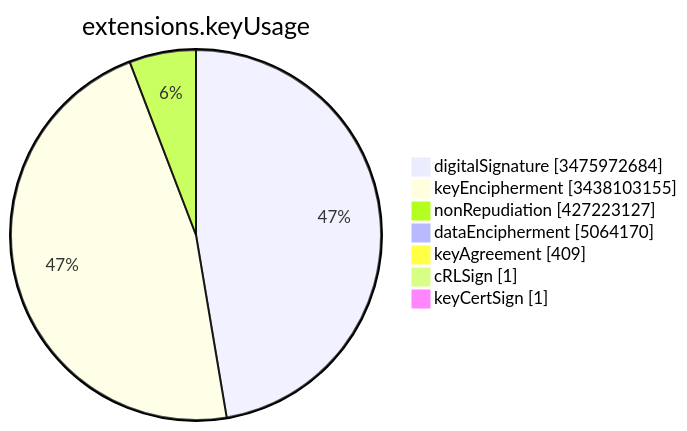
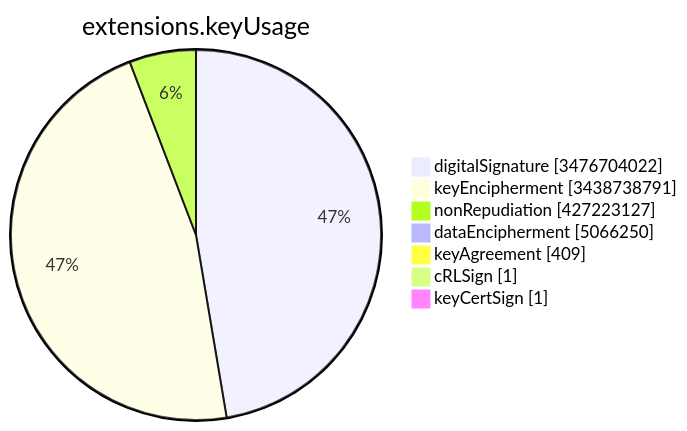
The sixth of 15 diagrams in TOTAL/README.md (christiankrug/ctmonitor_visualization), drawn with Mermaid before and after one commit. The commit also changed other lines of this file, not shown here.

````diff
--- a/TOTAL/README.md
+++ b/TOTAL/README.md
@@ -3082,11 +3082,11 @@
 ```mermaid
 pie showData
 title extensions.keyUsage
-"digitalSignature" :3475972684
-"keyEncipherment" :3438103155
+"digitalSignature" :3476704022
+"keyEncipherment" :3438738791
 "nonRepudiation" :427223127
-"dataEncipherment" :5064170
+"dataEncipherment" :5066250
 "keyAgreement" :409
 "cRLSign" :1
 "keyCertSign" :1
 ```
````
